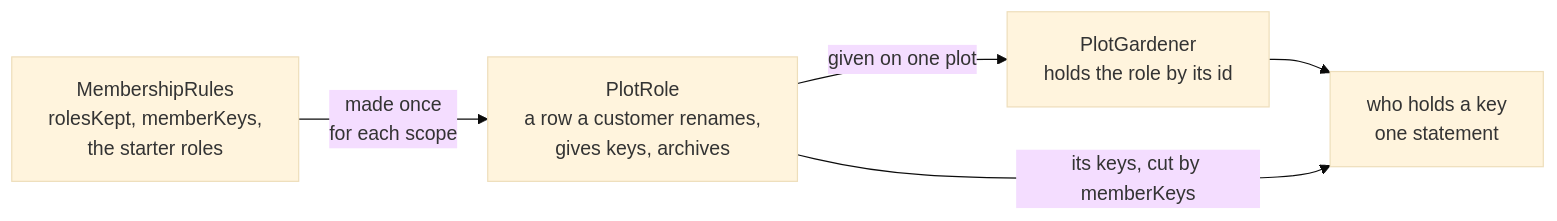
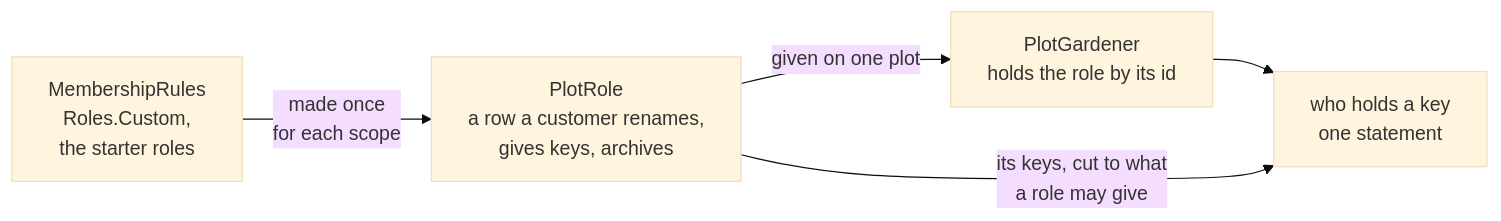
The fourth of 6 diagrams in docs/membership.md (DylanSnel/DDDToolkit), drawn with Mermaid (base theme) before and after one commit. The commit also changed other lines of this file and 263 other files, not shown here.

````diff
--- a/docs/membership.md
+++ b/docs/membership.md
@@ -1052,7 +1231,7 @@
 ```mermaid
 flowchart LR
-    Rules["MembershipRules<br/>rolesKept, memberKeys,<br/>the starter roles"] -- "made once<br/>for each scope" --> Role["PlotRole<br/>a row a customer renames,<br/>gives keys, archives"]
+    Rules["MembershipRules<br/>Roles.Custom,<br/>the starter roles"] -- "made once<br/>for each scope" --> Role["PlotRole<br/>a row a customer renames,<br/>gives keys, archives"]
     Role -- "given on one plot" --> Member["PlotGardener<br/>holds the role by its id"]
     Member --> Question["who holds a key<br/>one statement"]
-    Role -- "its keys, cut by memberKeys" --> Question
+    Role -- "its keys, cut to what<br/>a role may give" --> Question
 ```
````
